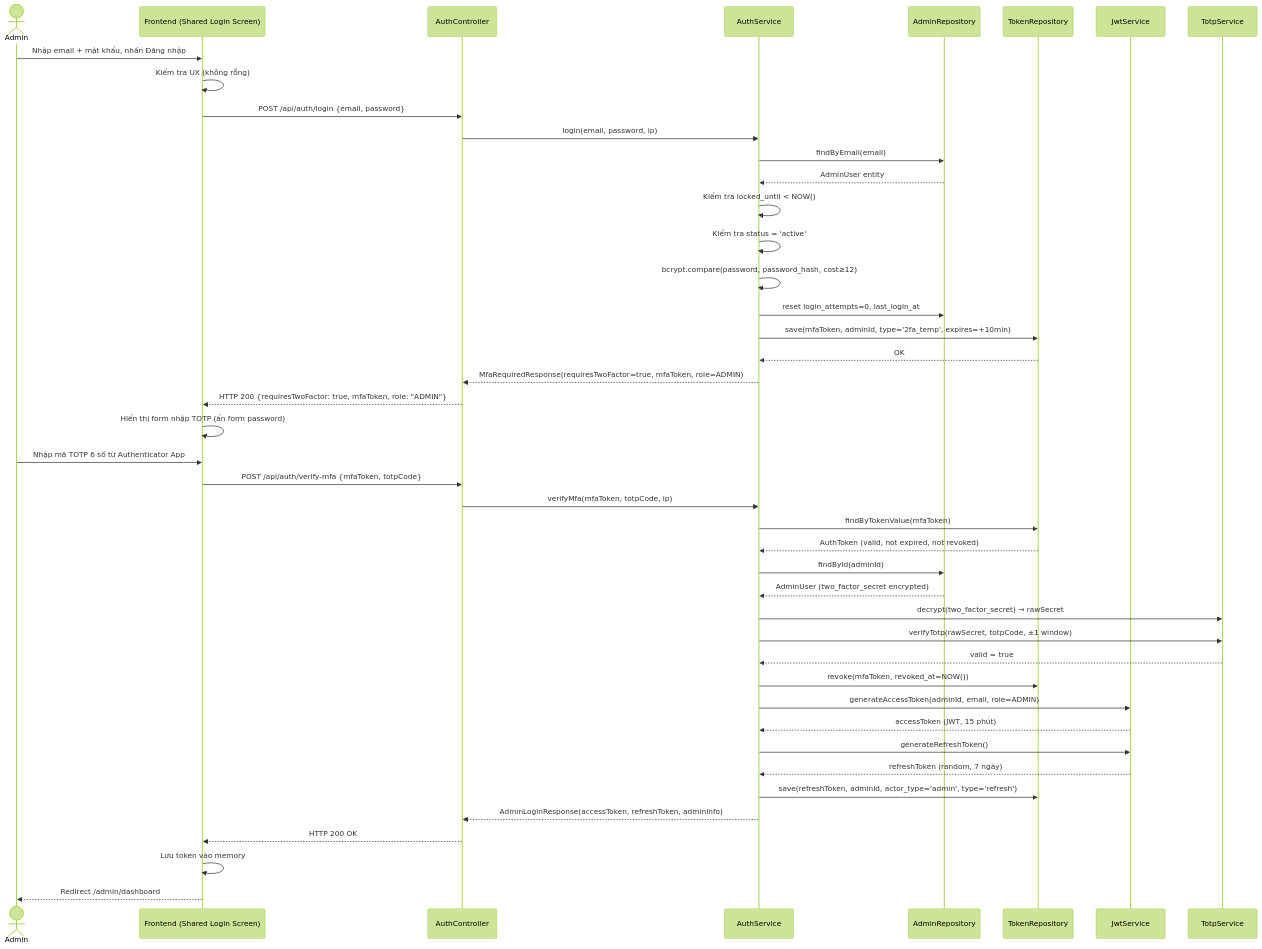
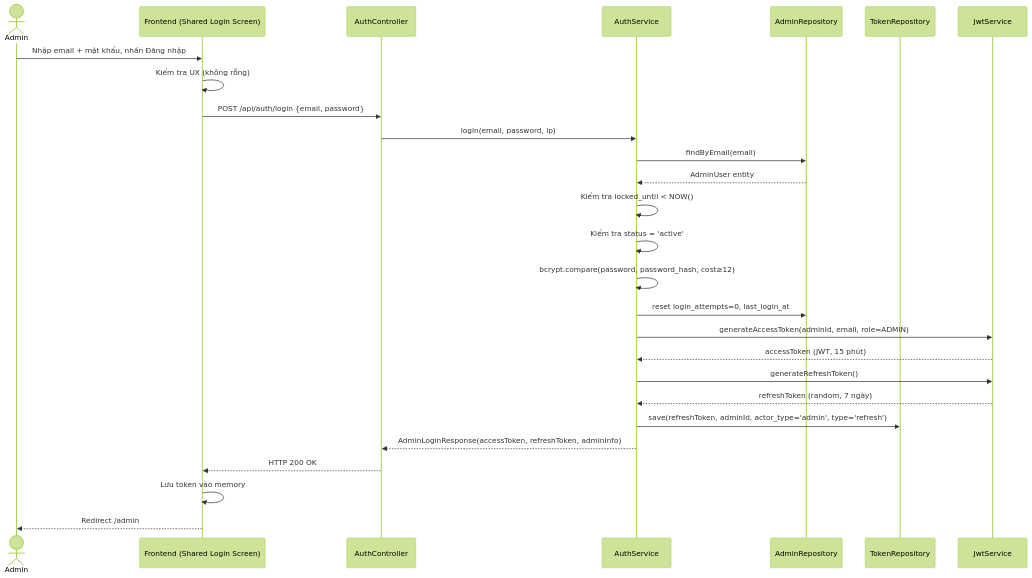
The first of 2 diagrams in .sdd/specs/backend/feat-system-admin/UC-35-admin-login.md (hung02042005/Japanese-Skill-Practice-Platform), drawn with Mermaid (forest theme) before and after one commit. The commit also changed other lines of this file and 90 other files, not shown here.

````diff
--- a/.sdd/specs/backend/feat-system-admin/UC-35-admin-login.md
+++ b/.sdd/specs/backend/feat-system-admin/UC-35-admin-login.md
@@ -200,57 +150,34 @@
 ```mermaid
 sequenceDiagram
     actor Admin
     participant FE as Frontend (Shared Login Screen)
     participant AC as AuthController
     participant AS as AuthService
     participant AR as AdminRepository
     participant TR as TokenRepository
     participant JS as JwtService
-    participant TS as TotpService
 
     Admin->>FE: Nhập email + mật khẩu, nhấn Đăng nhập
     FE->>FE: Kiểm tra UX (không rỗng)
     FE->>AC: POST /api/auth/login {email, password}
     AC->>AS: login(email, password, ip)
 
     AS->>AR: findByEmail(email)
     AR-->>AS: AdminUser entity
 
     AS->>AS: Kiểm tra locked_until < NOW()
     AS->>AS: Kiểm tra status = 'active'
     AS->>AS: bcrypt.compare(password, password_hash, cost≥12)
 
     AS->>AR: reset login_attempts=0, last_login_at
-    AS->>TR: save(mfaToken, adminId, type='2fa_temp', expires=+10min)
-    TR-->>AS: OK
-
-    AS-->>AC: MfaRequiredResponse(requiresTwoFactor=true, mfaToken, role=ADMIN)
-    AC-->>FE: HTTP 200 {requiresTwoFactor: true, mfaToken, role: "ADMIN"}
-    FE->>FE: Hiển thị form nhập TOTP (ẩn form password)
-
-    Admin->>FE: Nhập mã TOTP 6 số từ Authenticator App
-    FE->>AC: POST /api/auth/verify-mfa {mfaToken, totpCode}
-    AC->>AS: verifyMfa(mfaToken, totpCode, ip)
-
-    AS->>TR: findByTokenValue(mfaToken)
-    TR-->>AS: AuthToken (valid, not expired, not revoked)
-
-    AS->>AR: findById(adminId)
-    AR-->>AS: AdminUser (two_factor_secret encrypted)
-
-    AS->>TS: decrypt(two_factor_secret) → rawSecret
-    AS->>TS: verifyTotp(rawSecret, totpCode, ±1 window)
-    TS-->>AS: valid = true
-
-    AS->>TR: revoke(mfaToken, revoked_at=NOW())
     AS->>JS: generateAccessToken(adminId, email, role=ADMIN)
     JS-->>AS: accessToken (JWT, 15 phút)
     AS->>JS: generateRefreshToken()
     JS-->>AS: refreshToken (random, 7 ngày)
     AS->>TR: save(refreshToken, adminId, actor_type='admin', type='refresh')
     AS-->>AC: AdminLoginResponse(accessToken, refreshToken, adminInfo)
 
     AC-->>FE: HTTP 200 OK
     FE->>FE: Lưu token vào memory
-    FE-->>Admin: Redirect /admin/dashboard
+    FE-->>Admin: Redirect /admin
 ```
````
